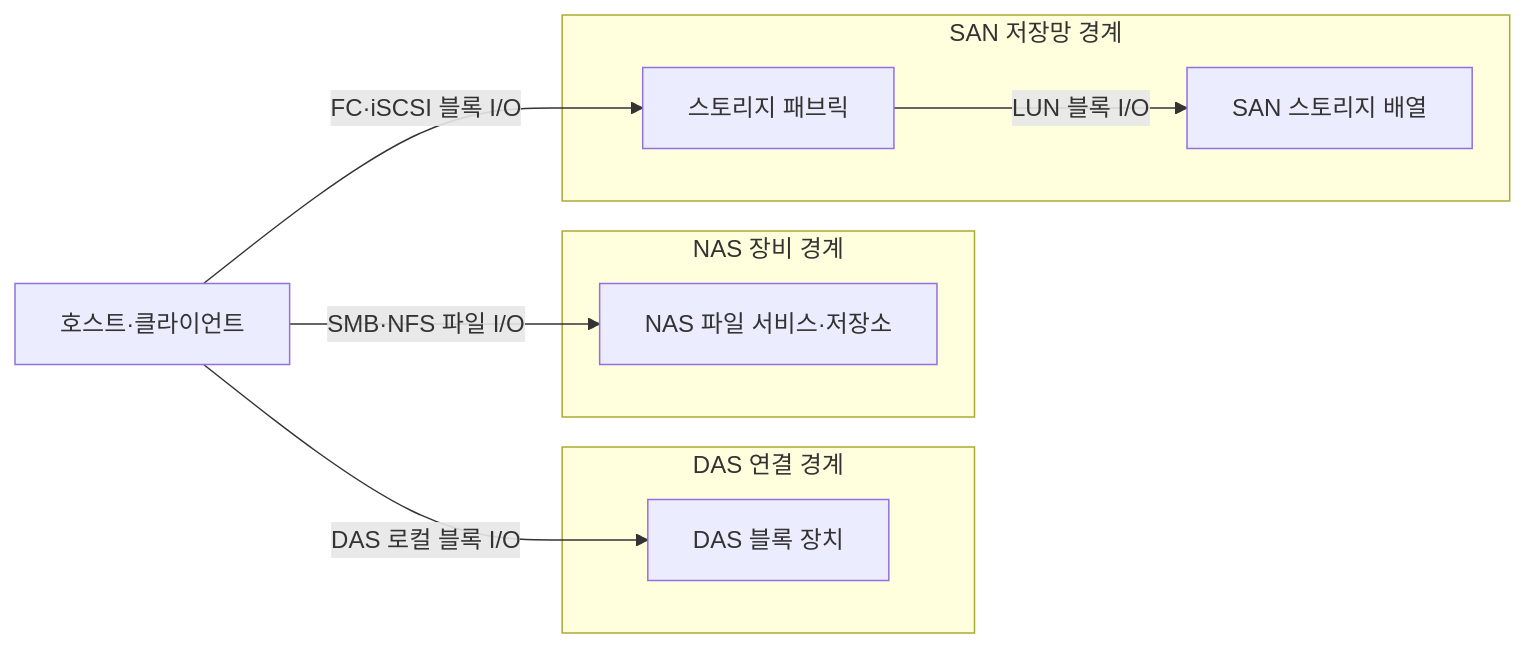
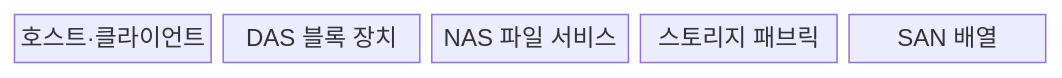
The first of 2 diagrams in src/content/docs/notes/02-hardware/080_storage_das_nas_san.md (agnusdei1207/knowledge-base), drawn with Mermaid before and after one commit. The commit also changed other lines of this file and 20 other files, not shown here.

````diff
--- a/src/content/docs/notes/02-hardware/080_storage_das_nas_san.md
+++ b/src/content/docs/notes/02-hardware/080_storage_das_nas_san.md
@@ -68,16 +67,9 @@
 ```mermaid
-flowchart LR
-    H["호스트·클라이언트"]
-    subgraph DB["DAS 연결 경계"]
-        D["DAS 블록 장치"]
-    end
-    subgraph NB["NAS 장비 경계"]
-        N["NAS 파일 서비스·저장소"]
-    end
-    subgraph SB["SAN 저장망 경계"]
-        F["스토리지 패브릭"] -->|"LUN 블록 I/O"| S["SAN 스토리지 배열"]
-    end
-    H -->|"DAS 로컬 블록 I/O"| D
-    H -->|"SMB·NFS 파일 I/O"| N
-    H -->|"FC·iSCSI 블록 I/O"| F
+block
+  columns 5
+  A["호스트·클라이언트"]
+  B["DAS 블록 장치"]
+  C["NAS 파일 서비스"]
+  D["스토리지 패브릭"]
+  E["SAN 배열"]
 ```
````
